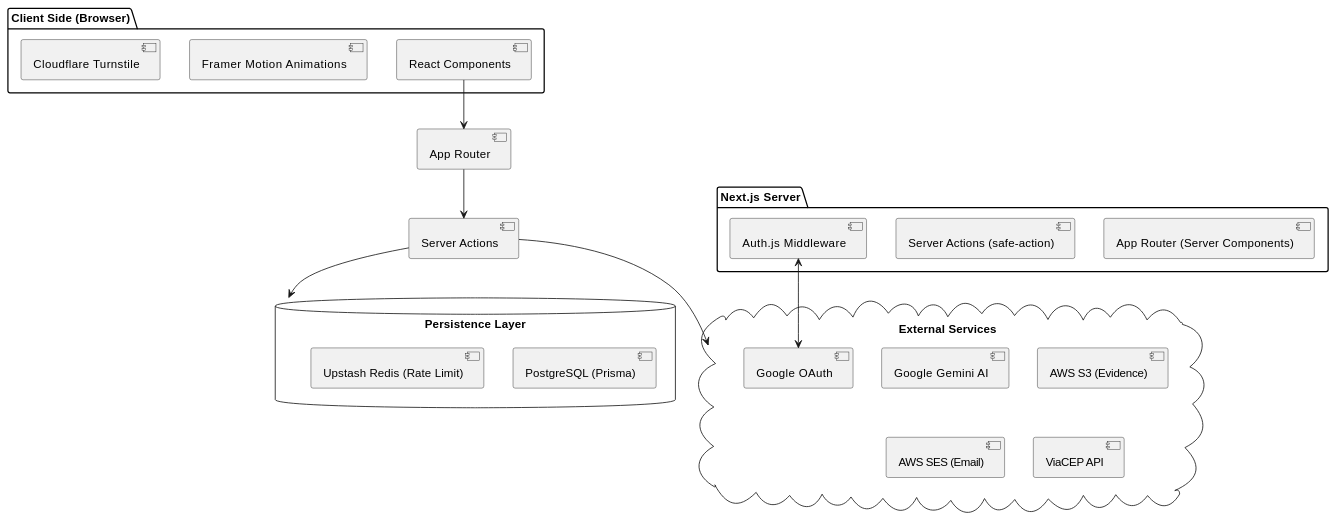
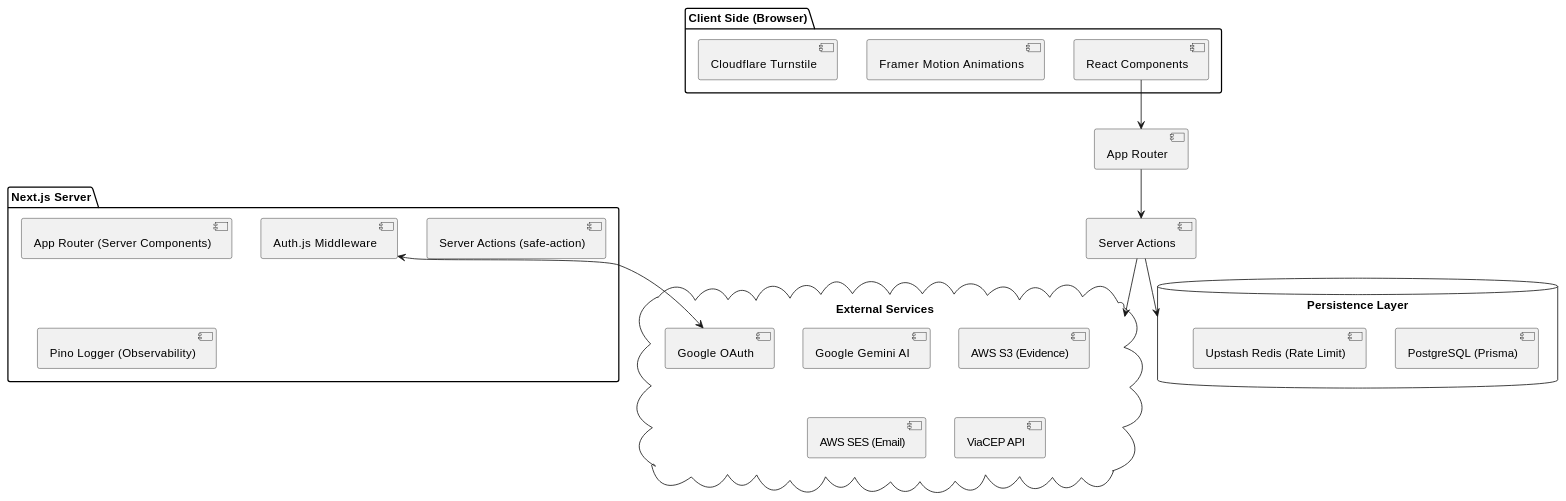
One commit to Allysonfreitas210695/AnonProtect changed the diagram in docs/07-arquitetura-do-sistema.md. Above: the diagram before and after it, drawn with PlantUML. The commit also changed other lines of this file and 3 other files, not shown here.

````diff
--- a/docs/07-arquitetura-do-sistema.md
+++ b/docs/07-arquitetura-do-sistema.md
@@ -21,34 +21,35 @@
 ```plantuml
 @startuml
 package "Client Side (Browser)" {
   [React Components]
   [Framer Motion Animations]
   [Cloudflare Turnstile]
 }
 
 package "Next.js Server" {
   [App Router (Server Components)]
   [Server Actions (safe-action)]
   [Auth.js Middleware]
+  [Pino Logger (Observability)]
 }
 
 database "Persistence Layer" {
   [PostgreSQL (Prisma)]
   [Upstash Redis (Rate Limit)]
 }
 
 cloud "External Services" {
   [Google OAuth]
   [Google Gemini AI]
   [AWS S3 (Evidence)]
   [AWS SES (Email)]
   [ViaCEP API]
 }
 
 [React Components] --> [App Router]
 [App Router] --> [Server Actions]
 [Server Actions] --> [Persistence Layer]
 [Server Actions] --> [External Services]
 [Auth.js Middleware] <--> [Google OAuth]
 @enduml
 ```
````
